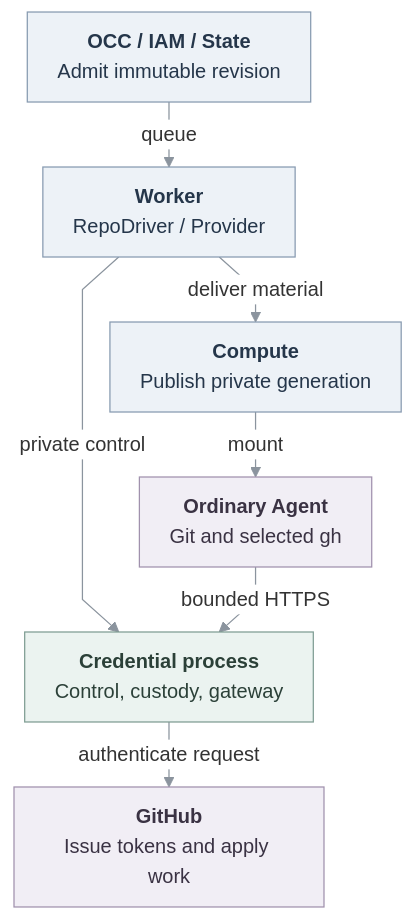
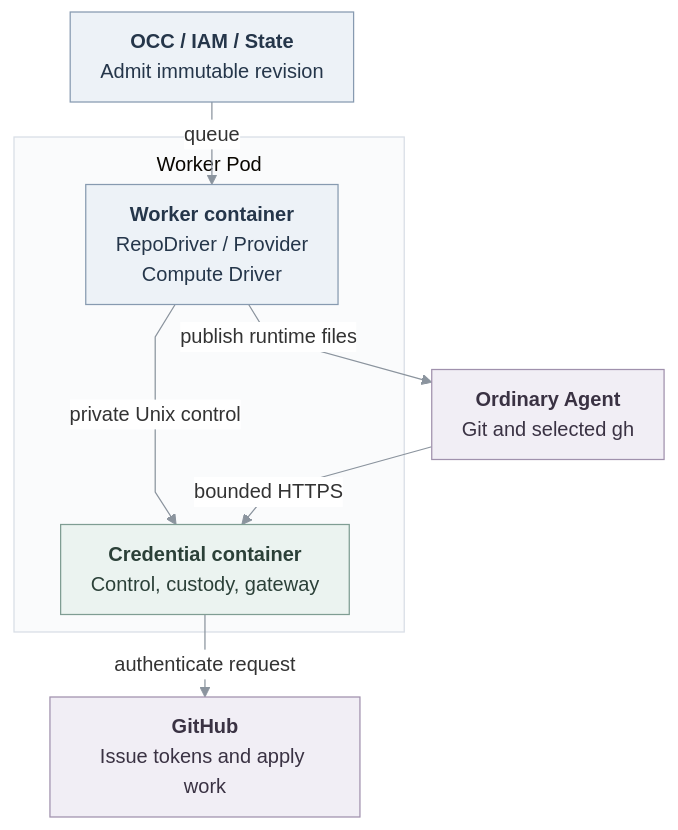
Before and after one commit to SebTardif/openclaw-enterprise: the diagram in specs/github-credentials.md, drawn with Mermaid. The commit also changed other lines of this file and 4 other files, not shown here.

Commit message:
docs: clarify GitHub credential architecture and MVP boundaries

````diff
--- a/specs/github-credentials.md
+++ b/specs/github-credentials.md
@@ -29,36 +23,40 @@
 ```mermaid
 ---
 config:
   theme: base
   htmlLabels: true
   themeVariables:
     fontSize: 16px
     lineColor: "#8B949E"
     edgeLabelBackground: "#FFFFFF"
   flowchart:
     curve: linear
     nodeSpacing: 24
     rankSpacing: 28
     padding: 12
+    subGraphTitleMargin:
+      top: 10
+      bottom: 14
 ---
 flowchart TB
   OCC["<b>OCC / IAM / State</b><br/>Admit immutable revision"]
-  Worker["<b>Worker</b><br/>RepoDriver / Provider"]
-  Compute["<b>Compute</b><br/>Publish private generation"]
+  subgraph Pod["Worker Pod"]
+    Worker["<b>Worker container</b><br/>RepoDriver / Provider<br/>Compute Driver"]
+    Service["<b>Credential container</b><br/>Control, custody, gateway"]
+    Worker -->|private Unix control| Service
+  end
   Agent["<b>Ordinary Agent</b><br/>Git and selected gh"]
-  Service["<b>Credential process</b><br/>Control, custody, gateway"]
   GitHub["<b>GitHub</b><br/>Issue tokens and apply work"]
   OCC -->|queue| Worker
-  Worker -->|private control| Service
-  Worker -->|deliver material| Compute
-  Compute -->|mount| Agent
+  Worker -->|publish runtime files| Agent
   Agent -->|bounded HTTPS| Service
   Service -->|authenticate request| GitHub
   classDef platform fill:#EDF2F7,stroke:#879AB0,color:#25364A,stroke-width:1px
   classDef protected fill:#EBF3F0,stroke:#7F9D93,color:#2B4038,stroke-width:1px
   classDef external fill:#F1EEF5,stroke:#A091AD,color:#3A3243,stroke-width:1px
-  class OCC,Worker,Compute platform
+  class OCC,Worker platform
   class Service protected
   class Agent,GitHub external
+  style Pod fill:#FAFBFC,stroke:#D8DEE6,stroke-width:1px
   linkStyle default stroke:#8B949E,stroke-width:1px
 ```
````
